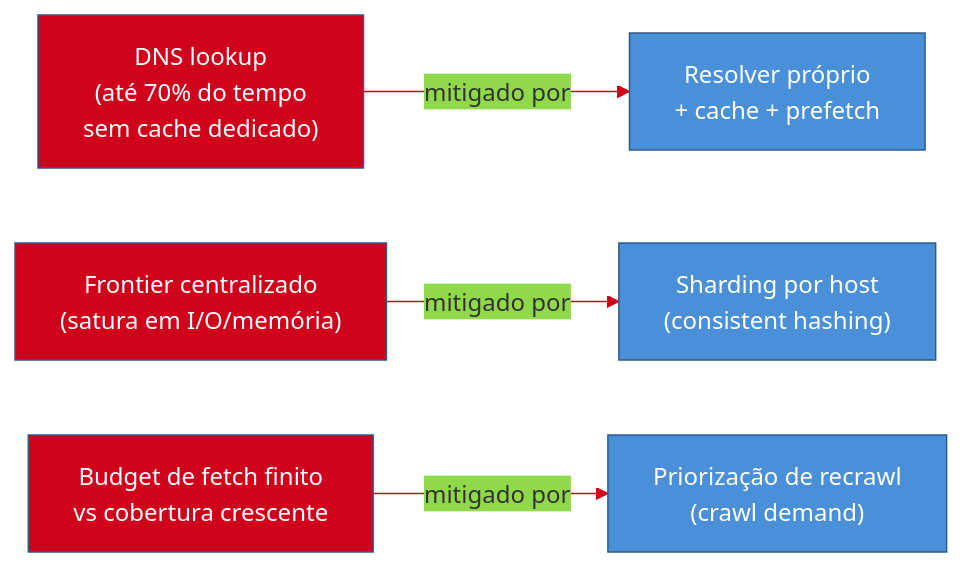
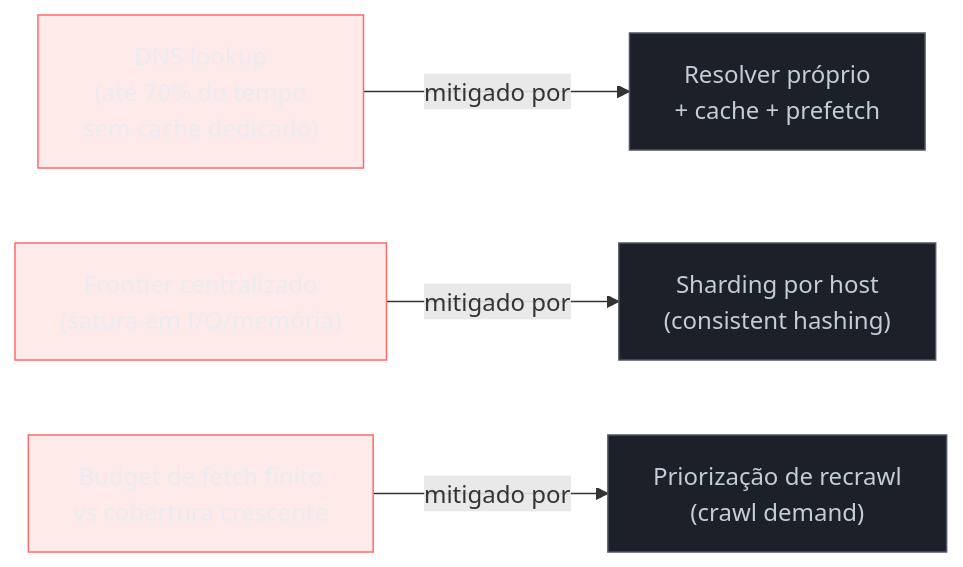
Before and after one commit to josenaldo/codex-technomanticus: the third of 3 diagrams in 03-Dominios/Engenharia/Arquitetura/System Design/4 - Walkthroughs/07 - Web Crawler.md, drawn with Mermaid. The commit also changed other lines of this file and 1181 other files, not shown here.

First line of the commit message:
fix(diagramas): paleta do sistema no lugar de cor cravada no markdown

````diff
--- a/03-Dominios/Engenharia/Arquitetura/System Design/4 - Walkthroughs/07 - Web Crawler.md
+++ b/03-Dominios/Engenharia/Arquitetura/System Design/4 - Walkthroughs/07 - Web Crawler.md
@@ -285,14 +287,15 @@
 ```mermaid
-%%{init: {"theme": "base", "themeVariables": {"primaryColor": "#4A90D9", "primaryBorderColor": "#2E5C8A", "lineColor": "#D0021B"}}}%%
 graph LR
+    classDef falha fill:#FF6B6B24,stroke:#FF6B6B,color:#E9ECF2
+    classDef neutro fill:#1B2029,stroke:#4E5666,color:#C6CCD8
     DNS_B["DNS lookup<br/>(até 70% do tempo<br/>sem cache dedicado)"] -->|"mitigado por"| DNS_M["Resolver próprio<br/>+ cache + prefetch"]
     Frontier_B["Frontier centralizado<br/>(satura em I/O/memória)"] -->|"mitigado por"| Frontier_M["Sharding por host<br/>(consistent hashing)"]
     Fresh_B["Budget de fetch finito<br/>vs cobertura crescente"] -->|"mitigado por"| Fresh_M["Priorização de recrawl<br/>(crawl demand)"]
 
-    style DNS_B fill:#D0021B,color:#fff
-    style Frontier_B fill:#D0021B,color:#fff
-    style Fresh_B fill:#D0021B,color:#fff
-    style DNS_M fill:#4A90D9,color:#fff
-    style Frontier_M fill:#4A90D9,color:#fff
-    style Fresh_M fill:#4A90D9,color:#fff
+    class DNS_B falha
+    class Frontier_B falha
+    class Fresh_B falha
+    class DNS_M neutro
+    class Frontier_M neutro
+    class Fresh_M neutro
 ```
````
